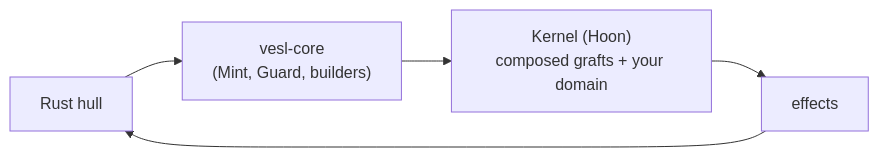
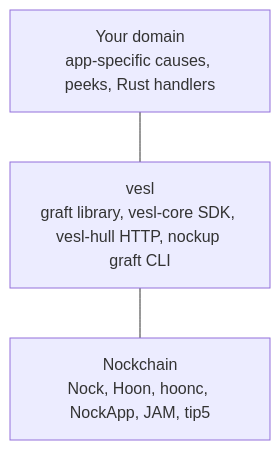
One commit to zkvesl/docs changed the diagram in docs/welcome/what-is-vesl.md. Above: the diagram before and after it, drawn with Mermaid.

Commit message:
docs(what-is-vesl): replace LR data-flow diagram with TB stack-layer diagram

````diff
--- a/docs/welcome/what-is-vesl.md
+++ b/docs/welcome/what-is-vesl.md
@@ -13,9 +13,8 @@
 ```mermaid
-flowchart LR
-    hull["Rust hull"]
-    core["vesl-core<br/>(Mint, Guard, builders)"]
-    kernel["Kernel (Hoon)<br/>composed grafts + your domain"]
-    effects["effects"]
-    hull --> core --> kernel
-    kernel --> effects --> hull
+flowchart TB
+    domain["Your domain<br/>app-specific causes, peeks, Rust handlers"]
+    vesl["vesl<br/>graft library, vesl-core SDK, vesl-hull HTTP, nockup graft CLI"]
+    nockchain["Nockchain<br/>Nock, Hoon, hoonc, NockApp, JAM, tip5"]
+    domain --- vesl
+    vesl --- nockchain
 ```
````
